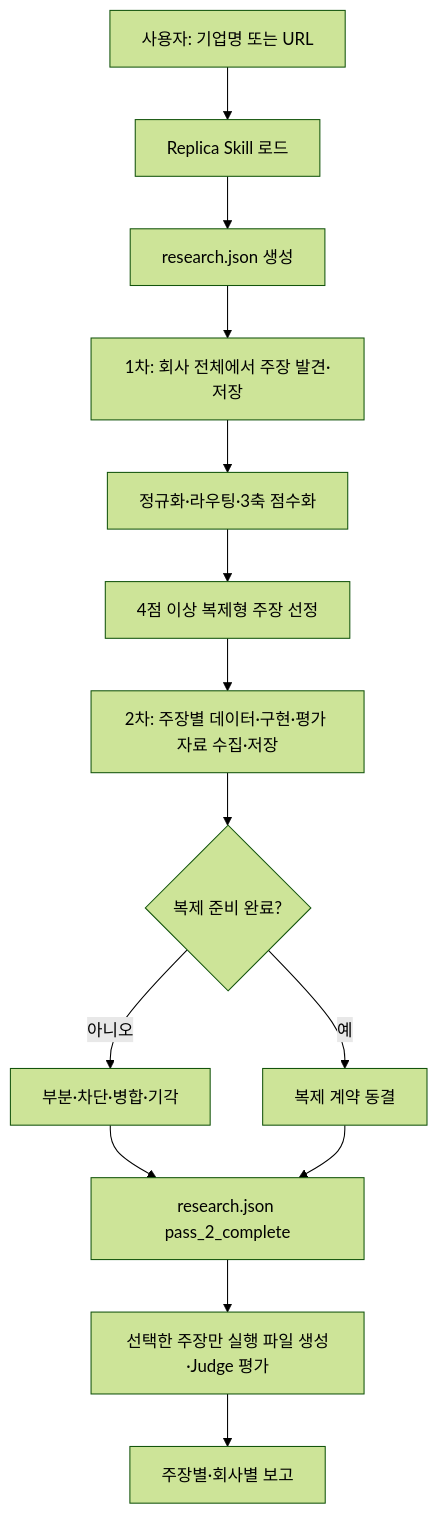
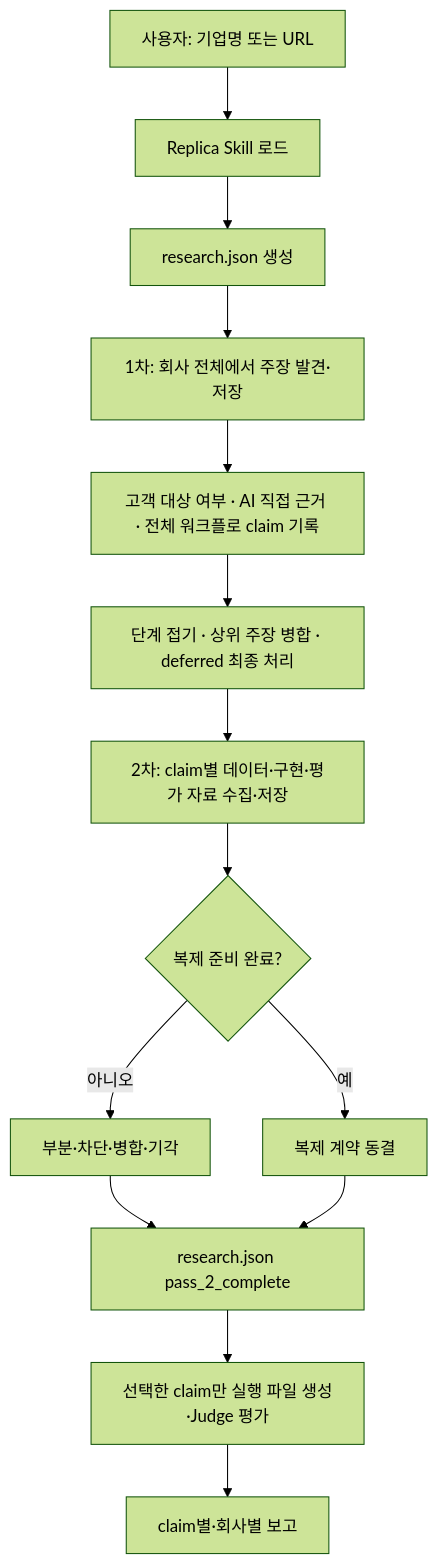
Before and after one commit to lpshi2002/replica-mvp: the diagram in README.md, drawn with Mermaid (forest theme). The commit also changed other lines of this file and 8 other files, not shown here.

````diff
--- a/README.md
+++ b/README.md
@@ -108,16 +112,16 @@
 ```mermaid
 flowchart TD
     A["사용자: 기업명 또는 URL"] --> S["Replica Skill 로드"]
     S --> R["research.json 생성"]
     R --> B["1차: 회사 전체에서 주장 발견·저장"]
-    B --> C["정규화·라우팅·3축 점수화"]
-    C --> D["4점 이상 복제형 주장 선정"]
-    D --> E["2차: 주장별 데이터·구현·평가 자료 수집·저장"]
+    B --> C["고객 대상 여부 · AI 직접 근거 · 전체 워크플로 claim 기록"]
+    C --> D["단계 접기 · 상위 주장 병합 · deferred 최종 처리"]
+    D --> E["2차: claim별 데이터·구현·평가 자료 수집·저장"]
     E --> F{"복제 준비 완료?"}
     F -->|아니오| G["부분·차단·병합·기각"]
     F -->|예| H["복제 계약 동결"]
     G --> K["research.json pass_2_complete"]
     H --> K
-    K --> I["선택한 주장만 실행 파일 생성·Judge 평가"]
-    I --> J["주장별·회사별 보고"]
+    K --> I["선택한 claim만 실행 파일 생성·Judge 평가"]
+    I --> J["claim별·회사별 보고"]
 ```
````
